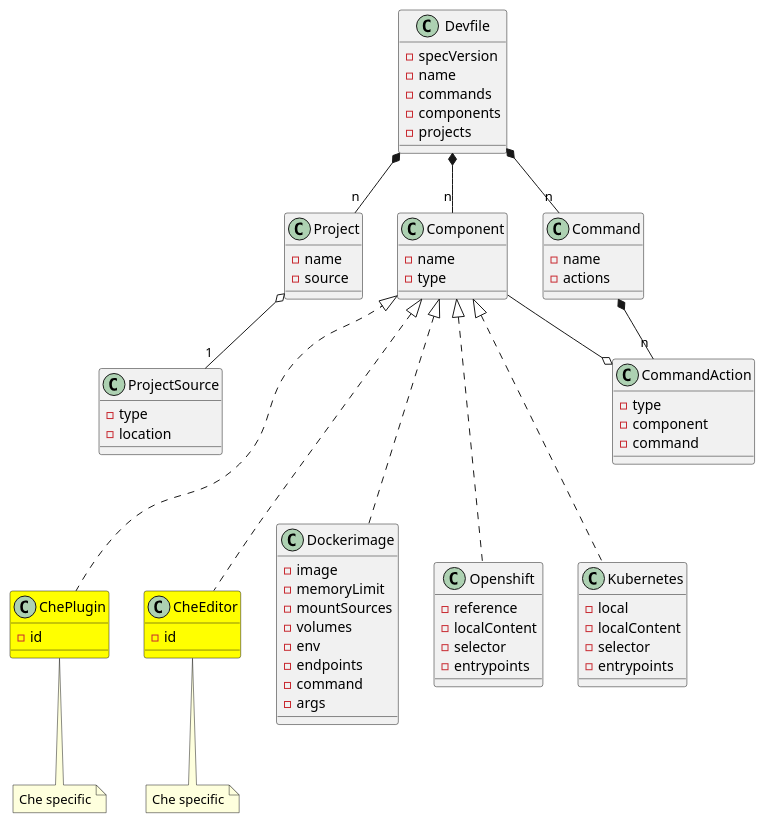
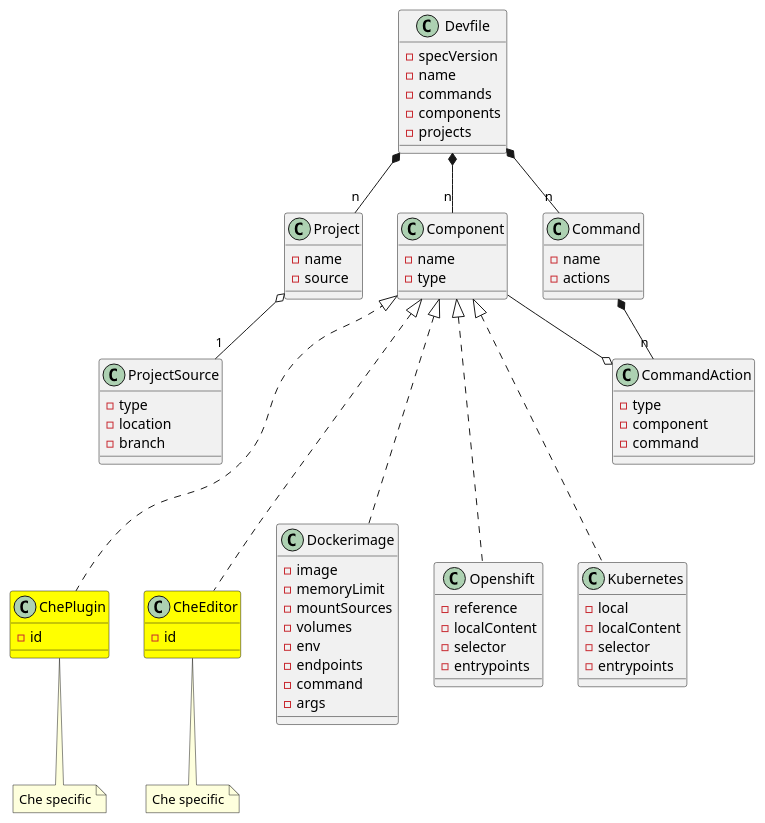
The diagram in devfile_next.plantuml (redhat-developer/devfile), drawn with PlantUML before and after one commit. The commit also changed 3 other files, not shown here.

```diff
--- a/devfile_next.plantuml
+++ b/devfile_next.plantuml
@@ -1,101 +1,102 @@
 @startuml devfile_next
 
 class Devfile {
   - specVersion
   - name
   - commands
   - components
   - projects
 }
 
 together {
   class Component
   class Command
   class Project
 }
 
 Devfile *-- "n" Component
 Devfile *-- "n" Command
 Devfile *-- "n" Project
 
 class Component {
     - name
     - type
 }
 
 
 Component <|-.. Dockerimage
 Component <|-.. Openshift
 Component <|-.. Kubernetes
 Component <|-.. ChePlugin
 Component <|-.. CheEditor
 
 class Command {
   - name
   - actions
 }
 
 Command *-- "n" CommandAction
 CommandAction o-- Component
 
 class CommandAction {
   - type
   - component
   - command
 }
 
 class Project {
   - name
   - source
 }
 
 Project o-- "1" ProjectSource
 
 class ProjectSource {
   - type
   - location
+  - branch
 }
 
 Project -[hidden]> Component
 Component -[hidden]> Command
 ProjectSource -[hidden]> CommandAction
 
 class Dockerimage {
    - image
    - memoryLimit
    - mountSources
    - volumes
    - env
    - endpoints
    - command
    - args
 }
 
 class Openshift {
   - reference
   - localContent
   - selector
   - entrypoints
 }
 
 class Kubernetes {
   - local
   - localContent
   - selector
   - entrypoints
 }
 
 class ChePlugin #yellow {
   - id
 }
 note bottom of ChePlugin: Che specific
 
 class CheEditor #yellow {
   - id
 }
 note bottom of CheEditor: Che specific
 
 ChePlugin -[hidden]> CheEditor
 CheEditor -[hidden]> Dockerimage
 
 @enduml
```
